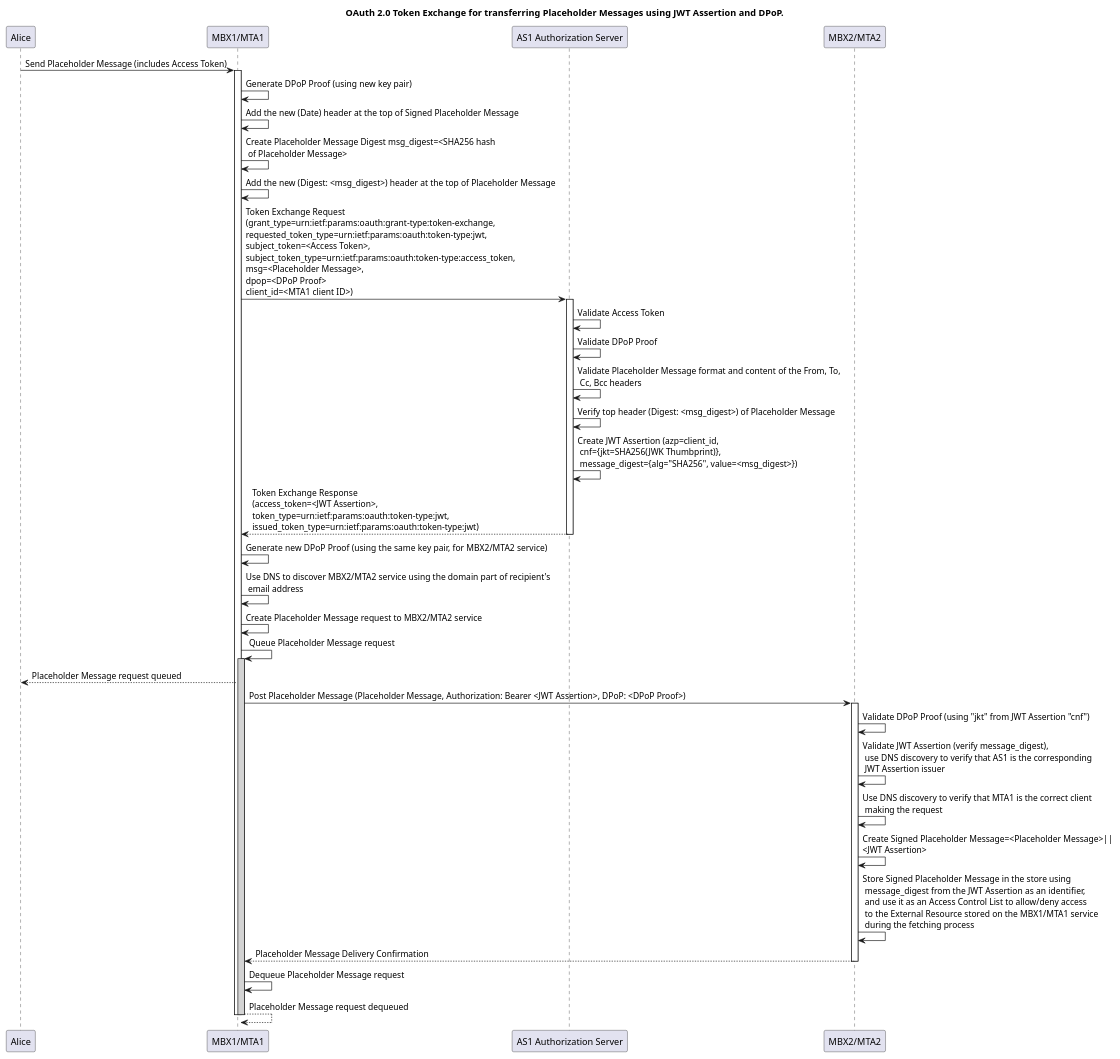
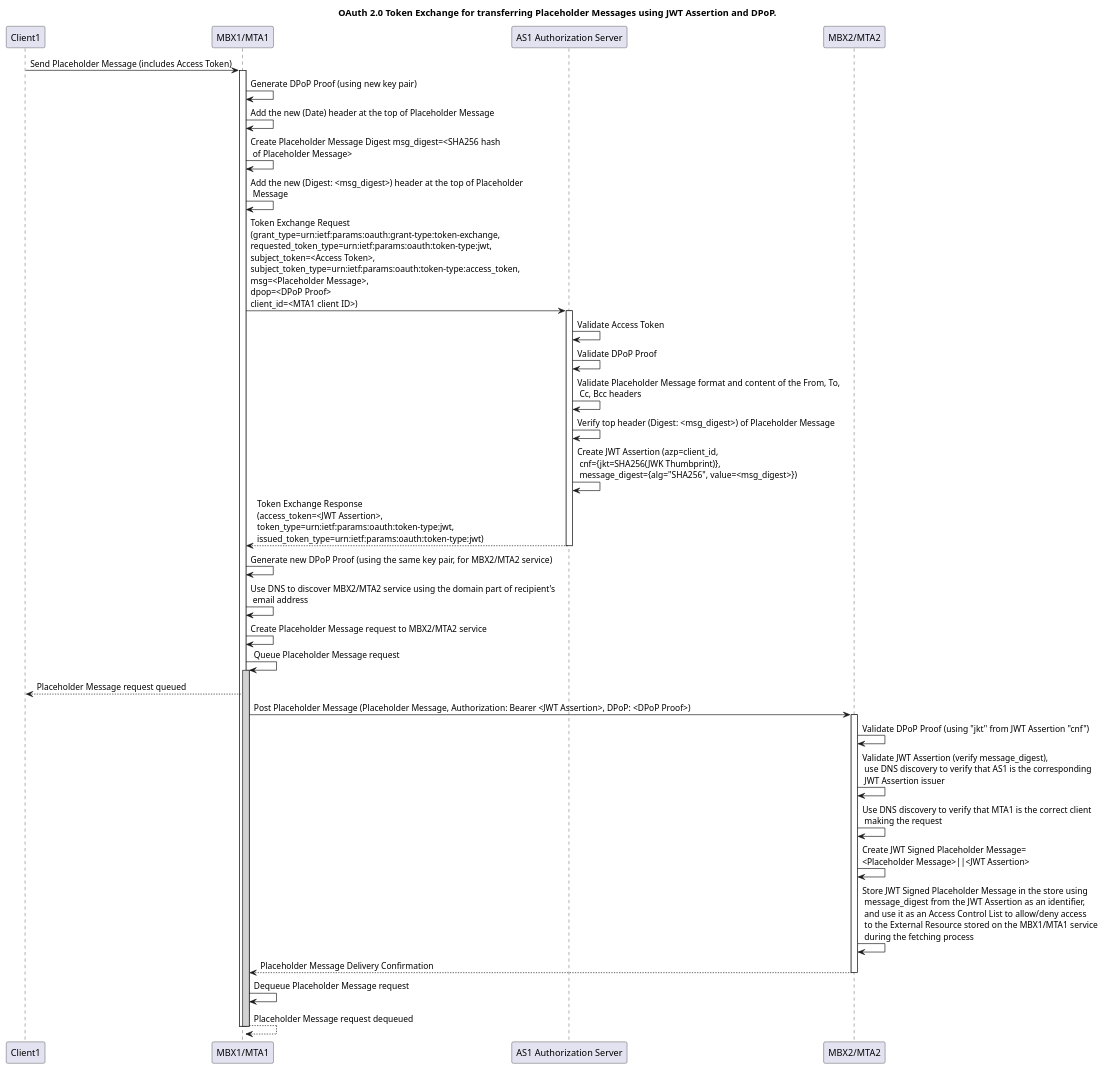
The second of 4 diagrams in docs/DESCRIPTION.md (federizer/federizer), drawn with PlantUML before and after one commit. The commit also changed other lines of this file and 2 other files, not shown here.

````diff
--- a/docs/DESCRIPTION.md
+++ b/docs/DESCRIPTION.md
@@ -306,56 +309,56 @@
 ```plantuml
 @startuml
 title OAuth 2.0 Token Exchange for transferring Placeholder Messages using JWT Assertion and DPoP.
-participant "Alice" as User
-participant "MBX1/MTA1" as EntityA
+participant "Client1" as Client1
+participant "MBX1/MTA1" as Entity1
 participant "AS1 Authorization Server" as AuthServer
-participant "MBX2/MTA2" as EntityB
+participant "MBX2/MTA2" as Entity2
 
-User -> EntityA: Send Placeholder Message (includes Access Token)
-activate EntityA
+Client1 -> Entity1: Send Placeholder Message (includes Access Token)
+activate Entity1
 
-EntityA -> EntityA: Generate DPoP Proof (using new key pair)
-EntityA -> EntityA: Add the new (Date) header at the top of Signed Placeholder Message
-EntityA -> EntityA: Create Placeholder Message Digest msg_digest=<SHA256 hash\n of Placeholder Message>
-EntityA -> EntityA: Add the new (Digest: <msg_digest>) header at the top of Placeholder Message
+Entity1 -> Entity1: Generate DPoP Proof (using new key pair)
+Entity1 -> Entity1: Add the new (Date) header at the top of Placeholder Message
+Entity1 -> Entity1: Create Placeholder Message Digest msg_digest=<SHA256 hash\n of Placeholder Message>
+Entity1 -> Entity1: Add the new (Digest: <msg_digest>) header at the top of Placeholder\n Message
 
-EntityA -> AuthServer: Token Exchange Request\n(grant_type=urn:ietf:params:oauth:grant-type:token-exchange,\nrequested_token_type=urn:ietf:params:oauth:token-type:jwt,\nsubject_token=<Access Token>,\nsubject_token_type=urn:ietf:params:oauth:token-type:access_token,\nmsg=<Placeholder Message>,\ndpop=<DPoP Proof>\nclient_id=<MTA1 client ID>)
+Entity1 -> AuthServer: Token Exchange Request\n(grant_type=urn:ietf:params:oauth:grant-type:token-exchange,\nrequested_token_type=urn:ietf:params:oauth:token-type:jwt,\nsubject_token=<Access Token>,\nsubject_token_type=urn:ietf:params:oauth:token-type:access_token,\nmsg=<Placeholder Message>,\ndpop=<DPoP Proof>\nclient_id=<MTA1 client ID>)
 activate AuthServer
 
 AuthServer -> AuthServer: Validate Access Token
 AuthServer -> AuthServer: Validate DPoP Proof
 AuthServer -> AuthServer: Validate Placeholder Message format and content of the From, To,\n Cc, Bcc headers
 AuthServer -> AuthServer: Verify top header (Digest: <msg_digest>) of Placeholder Message
 AuthServer -> AuthServer: Create JWT Assertion (azp=client_id,\n cnf={jkt=SHA256(JWK Thumbprint)},\n message_digest={alg="SHA256", value=<msg_digest>})
 
-AuthServer --> EntityA: Token Exchange Response\n(access_token=<JWT Assertion>,\ntoken_type=urn:ietf:params:oauth:token-type:jwt,\nissued_token_type=urn:ietf:params:oauth:token-type:jwt)
+AuthServer --> Entity1: Token Exchange Response\n(access_token=<JWT Assertion>,\ntoken_type=urn:ietf:params:oauth:token-type:jwt,\nissued_token_type=urn:ietf:params:oauth:token-type:jwt)
 deactivate AuthServer
 
-EntityA -> EntityA: Generate new DPoP Proof (using the same key pair, for MBX2/MTA2 service)
+Entity1 -> Entity1: Generate new DPoP Proof (using the same key pair, for MBX2/MTA2 service)
 
-EntityA -> EntityA: Use DNS to discover MBX2/MTA2 service using the domain part of recipient's\n email address
-EntityA -> EntityA: Create Placeholder Message request to MBX2/MTA2 service
-EntityA -> EntityA: Queue Placeholder Message request
-activate EntityA #LightGray
+Entity1 -> Entity1: Use DNS to discover MBX2/MTA2 service using the domain part of recipient's\n email address
+Entity1 -> Entity1: Create Placeholder Message request to MBX2/MTA2 service
+Entity1 -> Entity1: Queue Placeholder Message request
+activate Entity1 #LightGray
 
-EntityA --> User: Placeholder Message request queued
+Entity1 --> Client1: Placeholder Message request queued
 
-EntityA -> EntityB: Post Placeholder Message (Placeholder Message, Authorization: Bearer <JWT Assertion>, DPoP: <DPoP Proof>)
-activate EntityB
+Entity1 -> Entity2: Post Placeholder Message (Placeholder Message, Authorization: Bearer <JWT Assertion>, DPoP: <DPoP Proof>)
+activate Entity2
 
-EntityB -> EntityB: Validate DPoP Proof (using "jkt" from JWT Assertion "cnf")
-EntityB -> EntityB: Validate JWT Assertion (verify message_digest),\n use DNS discovery to verify that AS1 is the corresponding\n JWT Assertion issuer
-EntityB -> EntityB: Use DNS discovery to verify that MTA1 is the correct client\n making the request
-EntityB -> EntityB: Create Signed Placeholder Message=<Placeholder Message>||\n<JWT Assertion>
-EntityB -> EntityB: Store Signed Placeholder Message in the store using\n message_digest from the JWT Assertion as an identifier,\n and use it as an Access Control List to allow/deny access\n to the External Resource stored on the MBX1/MTA1 service\n during the fetching process
-EntityB --> EntityA: Placeholder Message Delivery Confirmation
-deactivate EntityB
-EntityA -> EntityA: Dequeue Placeholder Message request
-EntityA --> EntityA: Placeholder Message request dequeued
-deactivate EntityA
+Entity2 -> Entity2: Validate DPoP Proof (using "jkt" from JWT Assertion "cnf")
+Entity2 -> Entity2: Validate JWT Assertion (verify message_digest),\n use DNS discovery to verify that AS1 is the corresponding\n JWT Assertion issuer
+Entity2 -> Entity2: Use DNS discovery to verify that MTA1 is the correct client\n making the request
+Entity2 -> Entity2: Create JWT Signed Placeholder Message=\n<Placeholder Message>||<JWT Assertion>
+Entity2 -> Entity2: Store JWT Signed Placeholder Message in the store using\n message_digest from the JWT Assertion as an identifier,\n and use it as an Access Control List to allow/deny access\n to the External Resource stored on the MBX1/MTA1 service\n during the fetching process
+Entity2 --> Entity1: Placeholder Message Delivery Confirmation
+deactivate Entity2
+Entity1 -> Entity1: Dequeue Placeholder Message request
+Entity1 --> Entity1: Placeholder Message request dequeued
+deactivate Entity1
 
-'EntityA --> User: Placeholder Message Sent Confirmation
-deactivate EntityA
+'Entity1 --> User: Placeholder Message Sent Confirmation
+deactivate Entity1
 
 @enduml
 ```
````
